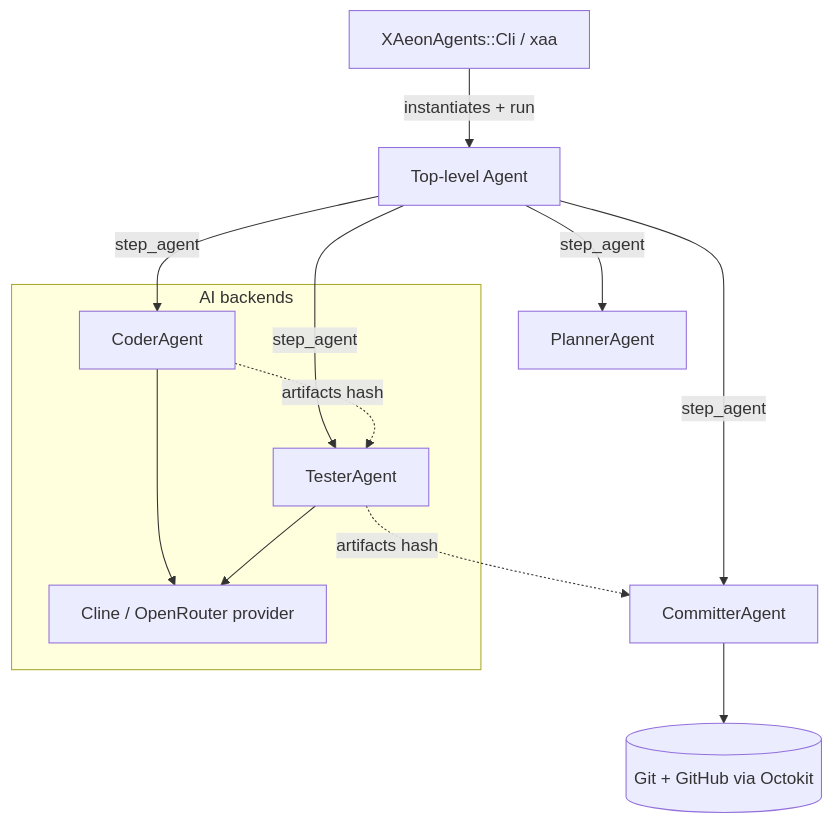
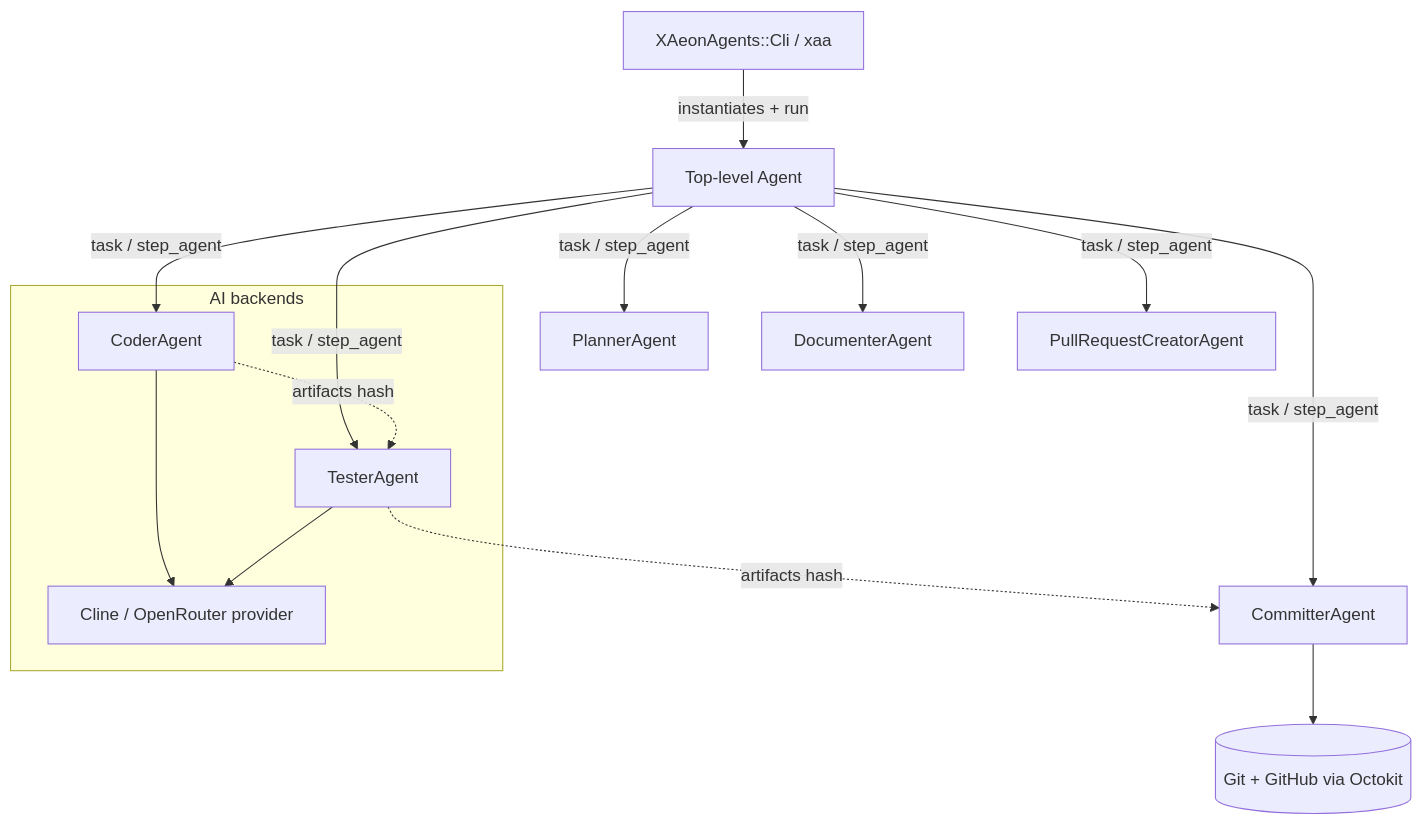
Before and after one commit to Muriel-Salvan/x_aeon_agents: the diagram in README.md, drawn with Mermaid. The commit also changed other lines of this file and 2 other files, not shown here.

````diff
--- a/README.md
+++ b/README.md
@@ -390,15 +456,17 @@
 ```mermaid
 flowchart TD
   CLI[XAeonAgents::Cli / xaa] -->|instantiates + run| A[Top-level Agent]
-  A -->|step_agent| P[PlannerAgent]
-  A -->|step_agent| C[CoderAgent]
-  A -->|step_agent| T[TesterAgent]
-  A -->|step_agent| K[CommitterAgent]
+  A -->|task / step_agent| P[PlannerAgent]
+  A -->|task / step_agent| C[CoderAgent]
+  A -->|task / step_agent| T[TesterAgent]
+  A -->|task / step_agent| K[CommitterAgent]
+  A -->|task / step_agent| D[DocumenterAgent]
+  A -->|task / step_agent| PR[PullRequestCreatorAgent]
   C -.->|artifacts hash| T
   T -.->|artifacts hash| K
   subgraph LLM[AI backends]
     C --> Prov[Cline / OpenRouter provider]
     T --> Prov
   end
   K --> Git[(Git + GitHub via Octokit)]
 ```
````
